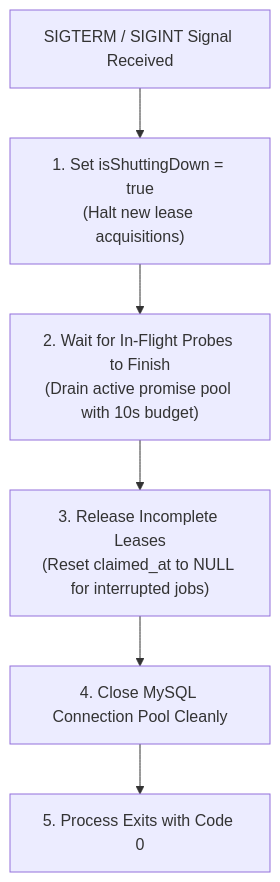
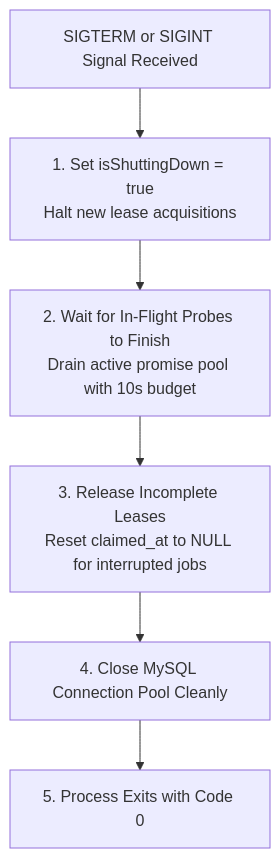
The third of 3 diagrams in docs/architecture/worker-scheduler.md (ritesh0w0/APIDash), drawn with Mermaid before and after one commit. The commit also changed other lines of this file and 18 other files, not shown here.

Commit message:
fix(docs): resolve GitHub Mermaid parser syntax errors across all diagrams

````diff
--- a/docs/architecture/worker-scheduler.md
+++ b/docs/architecture/worker-scheduler.md
@@ -77,8 +77,8 @@
 ```mermaid
 flowchart TD
-    A["SIGTERM / SIGINT Signal Received"] --> B["1. Set isShuttingDown = true<br/>(Halt new lease acquisitions)"]
-    B --> C["2. Wait for In-Flight Probes to Finish<br/>(Drain active promise pool with 10s budget)"]
-    C --> D["3. Release Incomplete Leases<br/>(Reset claimed_at to NULL for interrupted jobs)"]
+    A["SIGTERM or SIGINT Signal Received"] --> B["1. Set isShuttingDown = true<br/>Halt new lease acquisitions"]
+    B --> C["2. Wait for In-Flight Probes to Finish<br/>Drain active promise pool with 10s budget"]
+    C --> D["3. Release Incomplete Leases<br/>Reset claimed_at to NULL for interrupted jobs"]
     D --> E["4. Close MySQL Connection Pool Cleanly"]
     E --> F["5. Process Exits with Code 0"]
 ```
````
